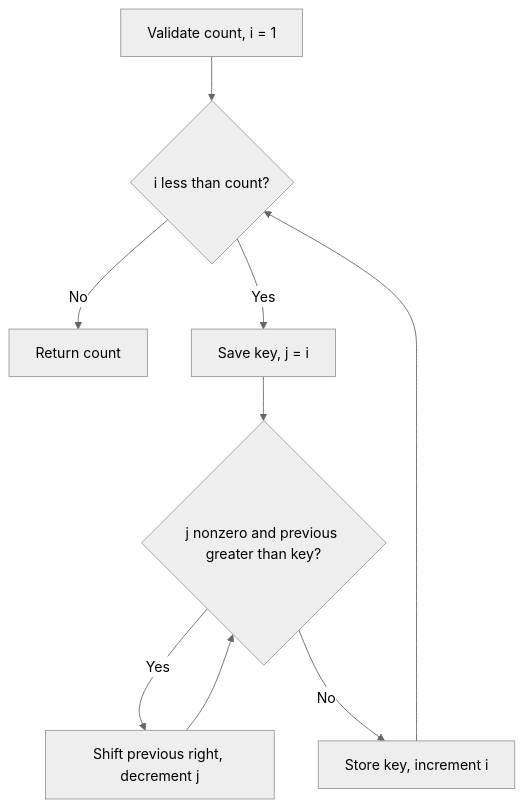
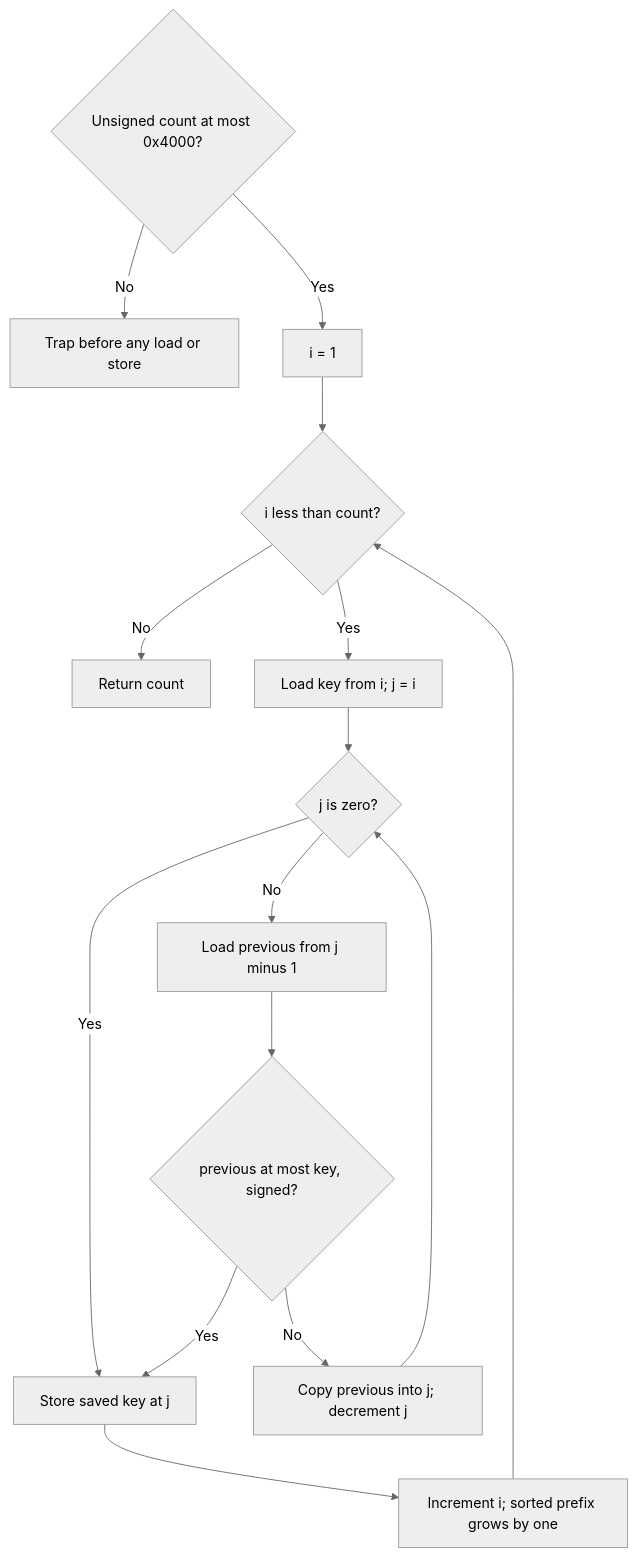
Before and after one commit to macchiato-dev/macchiato: the diagram in dev/microwasm/examples/10-insertion-sort.md, drawn with Mermaid (neutral theme). The commit also changed other lines of this file and 2 other files, not shown here.

````diff
--- a/dev/microwasm/examples/10-insertion-sort.md
+++ b/dev/microwasm/examples/10-insertion-sort.md
@@ -23,11 +23,17 @@
 ```mermaid
 flowchart TD
-    A[Validate count, i = 1] --> B{i less than count?}
+    V{Unsigned count at most 0x4000?} -- No --> X[Trap before any load or store]
+    V -- Yes --> A[i = 1]
+    A --> B{i less than count?}
     B -- No --> R[Return count]
-    B -- Yes --> C[Save key, j = i]
-    C --> D{j nonzero and previous greater than key?}
-    D -- Yes --> E[Shift previous right, decrement j]
+    B -- Yes --> C[Load key from i; j = i]
+    C --> D{j is zero?}
+    D -- Yes --> F[Store saved key at j]
+    D -- No --> P[Load previous from j minus 1]
+    P --> O{previous at most key, signed?}
+    O -- Yes --> F
+    O -- No --> E[Copy previous into j; decrement j]
     E --> D
-    D -- No --> F[Store key, increment i]
-    F --> B
+    F --> I[Increment i; sorted prefix grows by one]
+    I --> B
 ```
````
